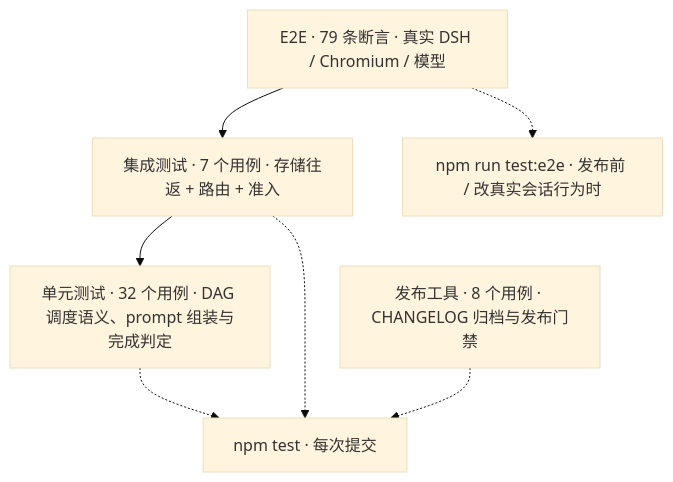
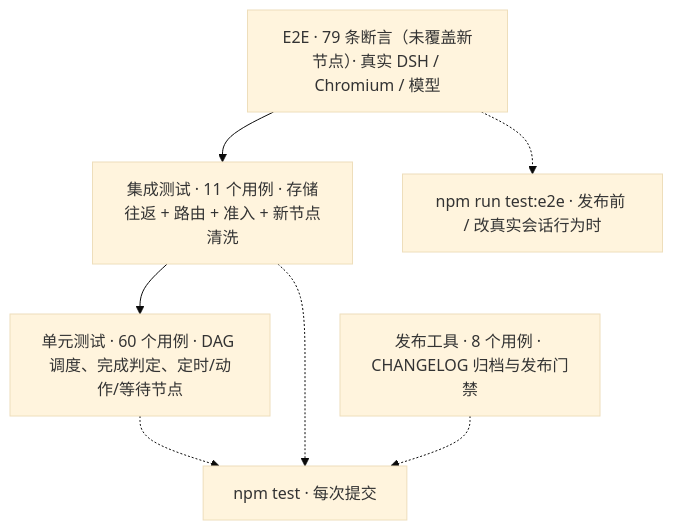
Before and after one commit to czyt1988/dsh-workflow-orchestrator: the first of 2 diagrams in docs/dev/testing.md, drawn with Mermaid (base theme). The commit also changed other lines of this file and 28 other files, not shown here.

````diff
--- a/docs/dev/testing.md
+++ b/docs/dev/testing.md
@@ -14,12 +14,12 @@
 ```mermaid
 flowchart TB
-  A["E2E · 79 条断言 · 真实 DSH / Chromium / 模型"]
-  B["集成测试 · 7 个用例 · 存储往返 + 路由 + 准入"]
-  C["单元测试 · 32 个用例 · DAG 调度语义、prompt 组装与完成判定"]
+  A["E2E · 79 条断言（未覆盖新节点）· 真实 DSH / Chromium / 模型"]
+  B["集成测试 · 11 个用例 · 存储往返 + 路由 + 准入 + 新节点清洗"]
+  C["单元测试 · 60 个用例 · DAG 调度、完成判定、定时/动作/等待节点"]
   D["发布工具 · 8 个用例 · CHANGELOG 归档与发布门禁"]
   A --> B --> C
   C -.-> E["npm test · 每次提交"]
   B -.-> E
   D -.-> E
   A -.-> F["npm run test:e2e · 发布前 / 改真实会话行为时"]
 ```
````
